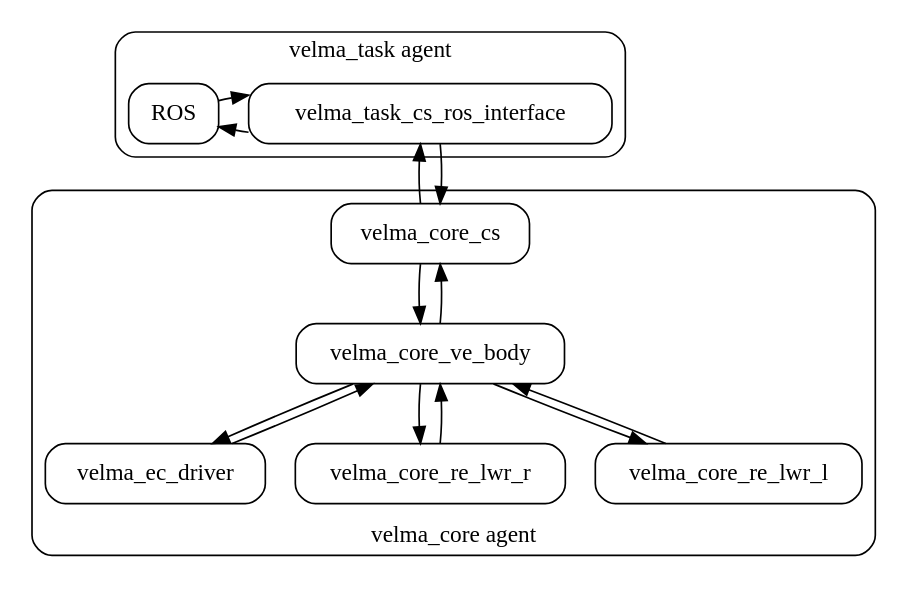
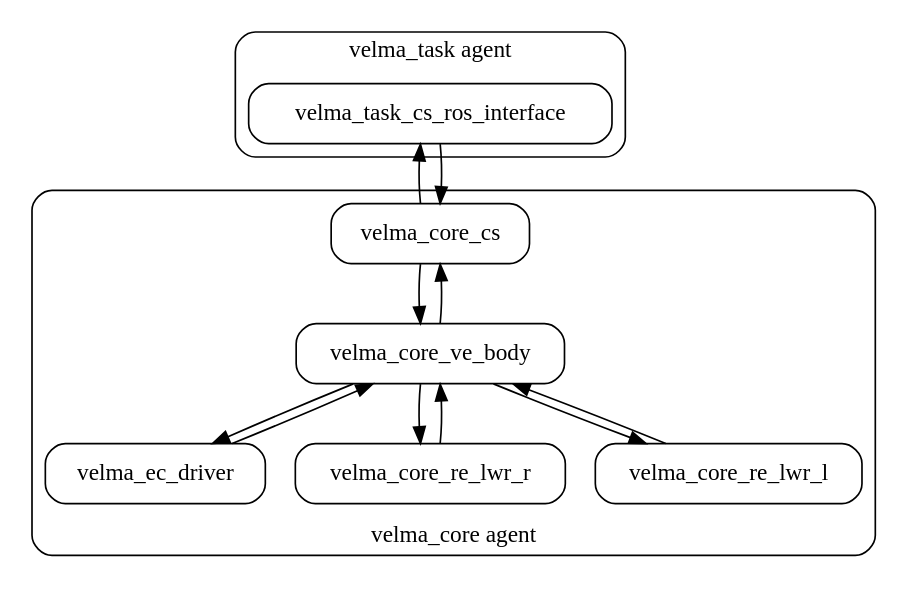
One commit to RCPRG-ros-pkg/velma_docs changed the diagram in public/img/system_hw.dot. Above: the diagram before and after it, drawn with Graphviz. The commit also changed 15 other files, not shown here.

```diff
--- a/public/img/system_hw.dot
+++ b/public/img/system_hw.dot
@@ -1,29 +1,27 @@
 digraph graphname {
     subgraph cluster_1 {
         style=rounded
         node [style=filled shape=box style=rounded];
-        {rank = same; velma_task_cs_ros_interface; ROS;}
-        velma_task_cs_ros_interface -> ROS;
-        ROS -> velma_task_cs_ros_interface;
+        {rank = same; velma_task_cs_ros_interface;}
         label = "velma_task agent";
     }
 
     subgraph cluster_2 {
         style=rounded
         labelloc=b
         node [style=filled shape=box style=rounded];
         velma_core_cs -> velma_core_ve_body -> velma_ec_driver;
         velma_ec_driver -> velma_core_ve_body -> velma_core_cs;
         velma_core_ve_body -> velma_core_re_lwr_r;
         velma_core_ve_body -> velma_core_re_lwr_l;
         velma_core_re_lwr_r -> velma_core_ve_body;
         velma_core_re_lwr_l -> velma_core_ve_body;
         {rank=sink velma_core_re_lwr_r; velma_core_re_lwr_l; velma_ec_driver;}
         label = "velma_core agent";
     }
 
     velma_task_cs_ros_interface -> velma_core_cs;
     velma_core_cs -> velma_task_cs_ros_interface;
 
     margin=0;   # for whole graph
 }
```
